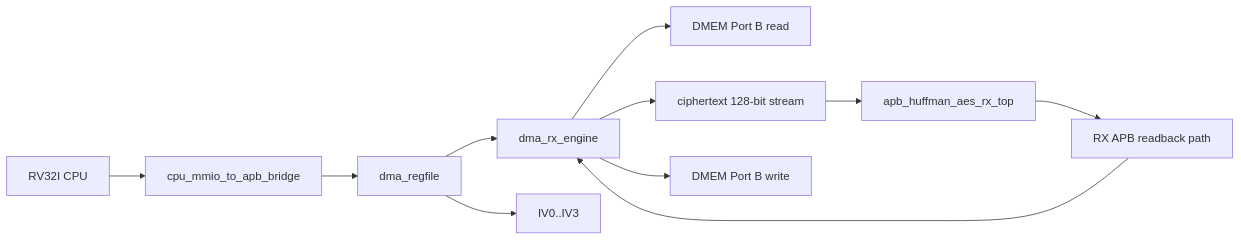
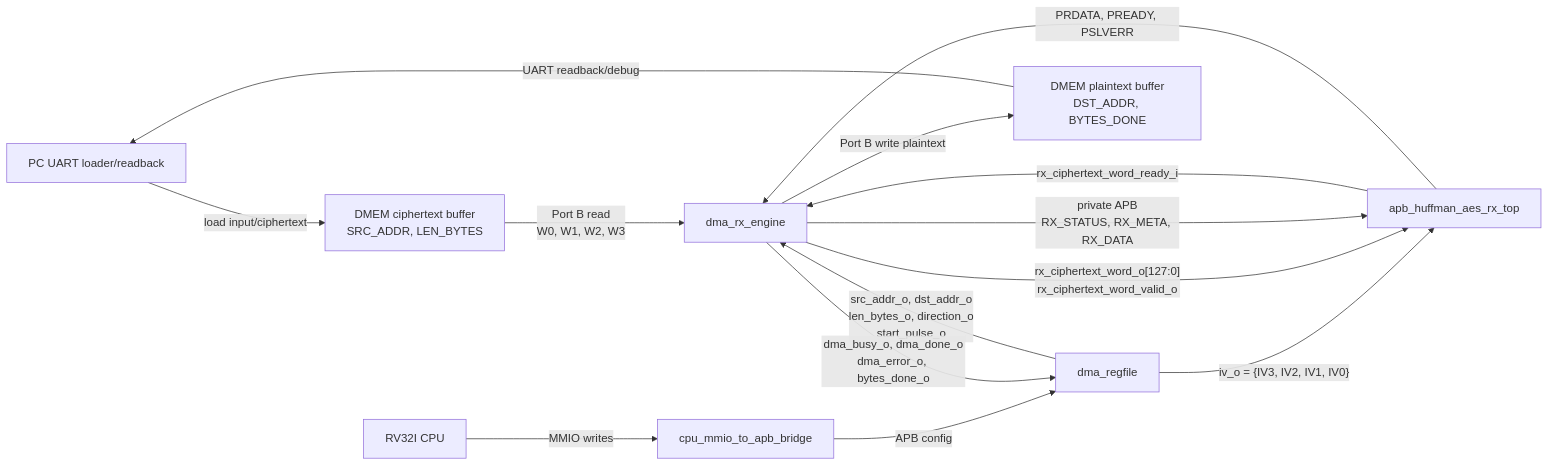
Before and after one commit to ngoquocan139/AES_huffman_all6: the first of 2 diagrams in docs/rx_path_end_to_end_spec.md, drawn with Mermaid. The commit also changed other lines of this file and 27 other files, not shown here.

````diff
--- a/docs/rx_path_end_to_end_spec.md
+++ b/docs/rx_path_end_to_end_spec.md
@@ -35,13 +37,16 @@
 ```mermaid
 flowchart LR
-    CPU["RV32I CPU"] --> BR["cpu_mmio_to_apb_bridge"]
-    BR --> REG["dma_regfile"]
-    REG --> RXDMA["dma_rx_engine"]
-    REG --> IV["IV0..IV3"]
-    RXDMA --> DMEMR["DMEM Port B read"]
-    RXDMA --> RXSTRM["ciphertext 128-bit stream"]
-    RXSTRM --> RXTOP["apb_huffman_aes_rx_top"]
-    RXTOP --> RXAPB["RX APB readback path"]
-    RXAPB --> RXDMA
-    RXDMA --> DMEMW["DMEM Port B write"]
+    PC["PC UART loader/readback"] -->|"load input/ciphertext"| DMEM_IN["DMEM ciphertext buffer<br/>SRC_ADDR, LEN_BYTES"]
+    CPU["RV32I CPU"] -->|"MMIO writes"| BR["cpu_mmio_to_apb_bridge"]
+    BR -->|"APB config"| REG["dma_regfile"]
+    REG -->|"src_addr_o, dst_addr_o<br/>len_bytes_o, direction_o<br/>start_pulse_o"| RXDMA["dma_rx_engine"]
+    REG -->|"iv_o = {IV3, IV2, IV1, IV0}"| RXTOP["apb_huffman_aes_rx_top"]
+    DMEM_IN -->|"Port B read<br/>W0, W1, W2, W3"| RXDMA
+    RXDMA -->|"rx_ciphertext_word_o[127:0]<br/>rx_ciphertext_word_valid_o"| RXTOP
+    RXTOP -->|"rx_ciphertext_word_ready_i"| RXDMA
+    RXDMA -->|"private APB<br/>RX_STATUS, RX_META, RX_DATA"| RXTOP
+    RXTOP -->|"PRDATA, PREADY, PSLVERR"| RXDMA
+    RXDMA -->|"Port B write plaintext"| DMEM_OUT["DMEM plaintext buffer<br/>DST_ADDR, BYTES_DONE"]
+    DMEM_OUT -->|"UART readback/debug"| PC
+    RXDMA -->|"dma_busy_o, dma_done_o<br/>dma_error_o, bytes_done_o"| REG
 ```
````
